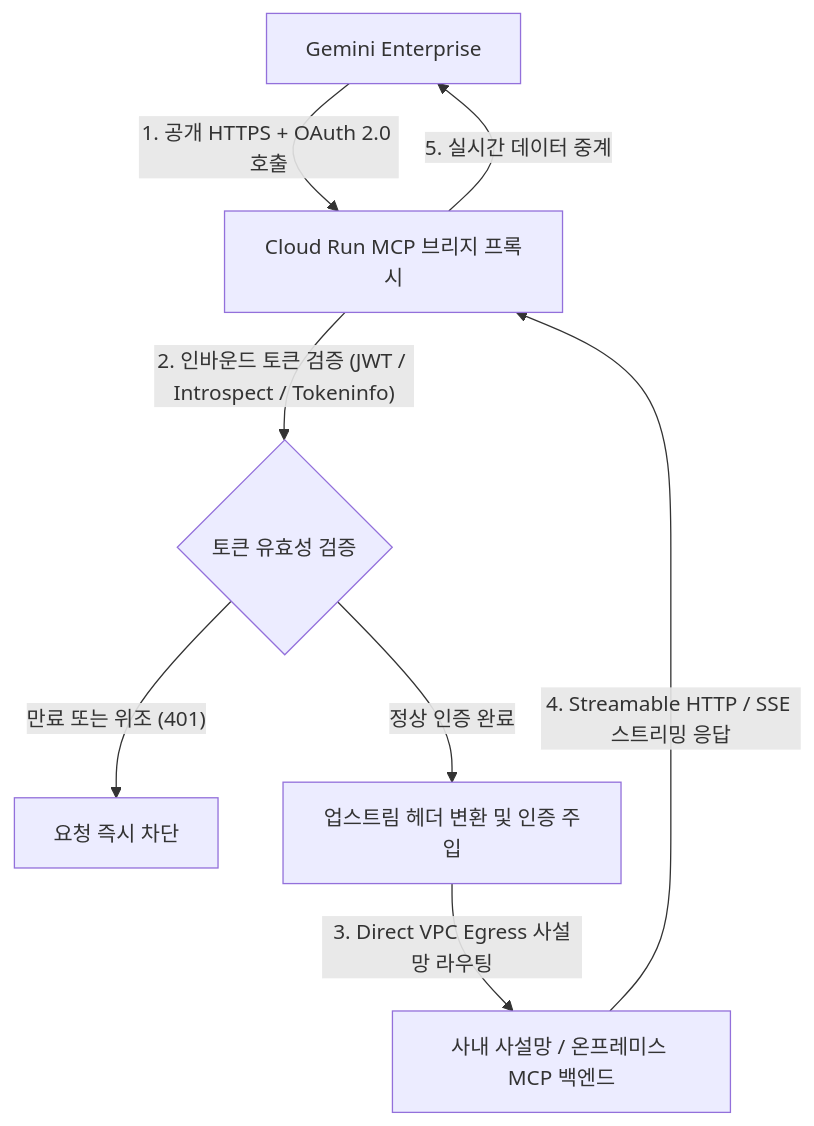
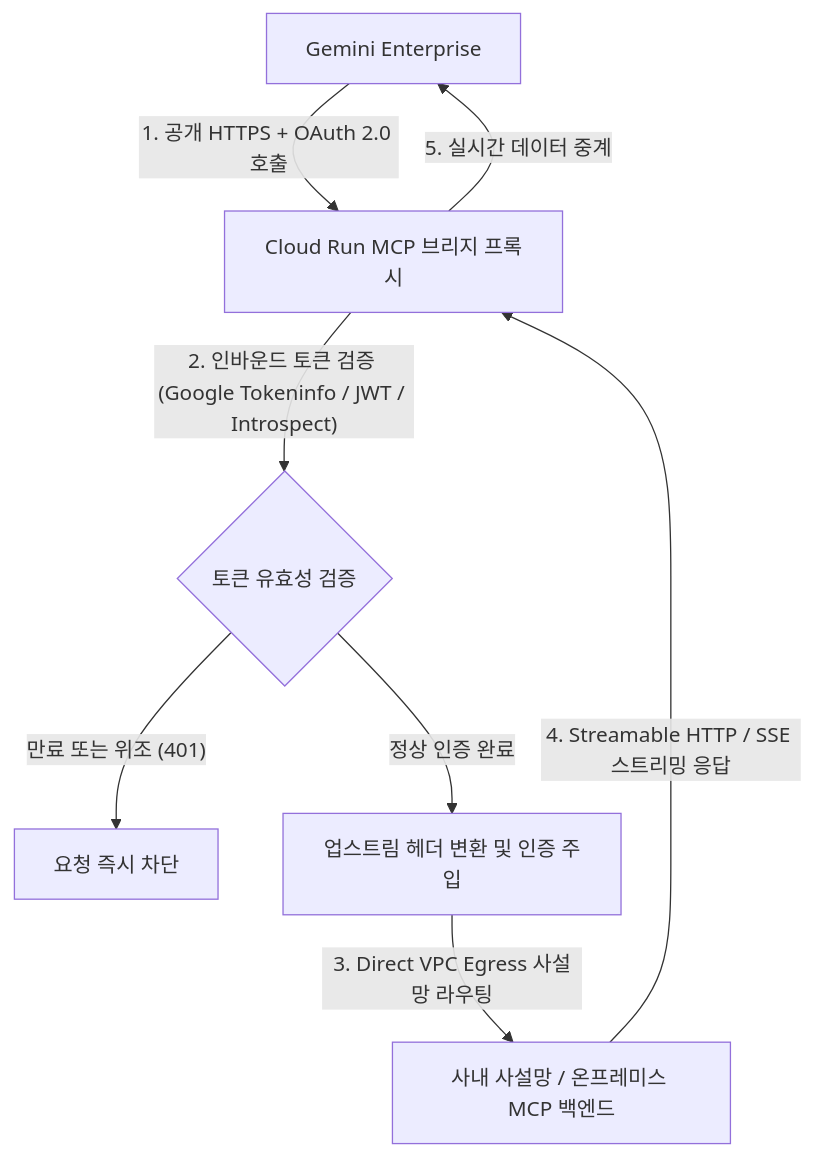
The diagram in samples/gemini-enterprise-mcp-proxy/README.md (jiangjun-forge/google-cloud-0-to-1), drawn with Mermaid before and after one commit. The commit also changed other lines of this file and 2 other files, not shown here.

````diff
--- a/samples/gemini-enterprise-mcp-proxy/README.md
+++ b/samples/gemini-enterprise-mcp-proxy/README.md
@@ -39,10 +39,10 @@
 ```mermaid
 graph TD
     A["Gemini Enterprise"] -->|"1. 공개 HTTPS + OAuth 2.0 호출"| B["Cloud Run MCP 브리지 프록시"]
-    B -->|"2. 인바운드 토큰 검증 (JWT / Introspect / Tokeninfo)"| C{"토큰 유효성 검증"}
+    B -->|"2. 인바운드 토큰 검증 (Google Tokeninfo / JWT / Introspect)"| C{"토큰 유효성 검증"}
     C -- "만료 또는 위조 (401)" --> D["요청 즉시 차단"]
     C -- "정상 인증 완료" --> E["업스트림 헤더 변환 및 인증 주입"]
     E -->|"3. Direct VPC Egress 사설망 라우팅"| F["사내 사설망 / 온프레미스 MCP 백엔드"]
     F -->|"4. Streamable HTTP / SSE 스트리밍 응답"| B
     B -->|"5. 실시간 데이터 중계"| A
 ```
````
